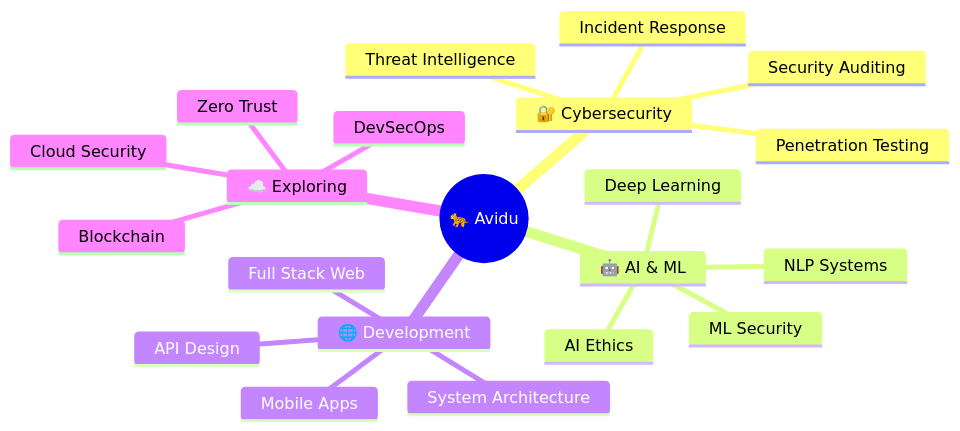
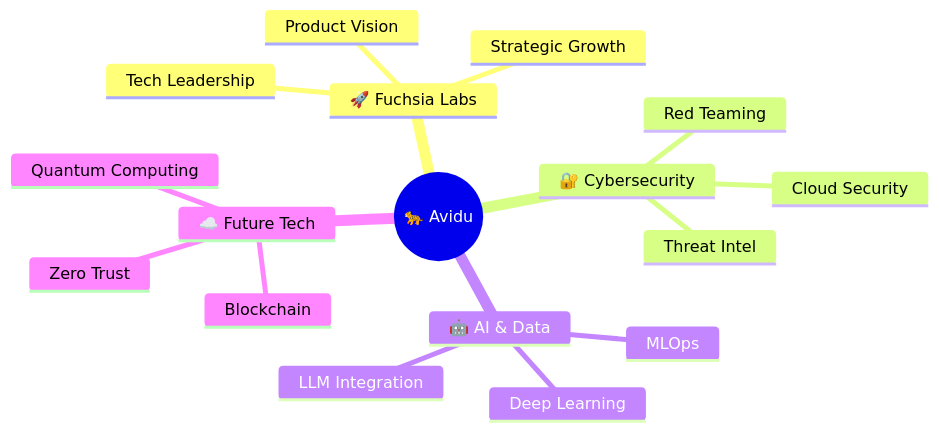
One commit to avidzcheetah/avidzcheetah changed the diagram in README.md. Above: the diagram before and after it, drawn with Mermaid. The commit also changed other lines of this file and 1 other file, not shown here.

Commit message:
Revamp README: Modern immersive profile with prominent Cheetah motif and Fuchsia Labs highlights

````diff
--- a/README.md
+++ b/README.md
@@ -126,24 +94,20 @@
 ```mermaid
 mindmap
   root((🐆 Avidu))
+    🚀 Fuchsia Labs
+      Product Vision
+      Strategic Growth
+      Tech Leadership
     🔐 Cybersecurity
-      Penetration Testing
-      Threat Intelligence
-      Security Auditing
-      Incident Response
-    🤖 AI & ML
+      Red Teaming
+      Threat Intel
+      Cloud Security
+    🤖 AI & Data
       Deep Learning
-      ML Security
-      NLP Systems
-      AI Ethics
-    🌐 Development
-      Full Stack Web
-      Mobile Apps
-      System Architecture
-      API Design
-    ☁️ Exploring
-      DevSecOps
-      Cloud Security
+      LLM Integration
+      MLOps
+    ☁️ Future Tech
       Blockchain
       Zero Trust
+      Quantum Computing
 ```
````
